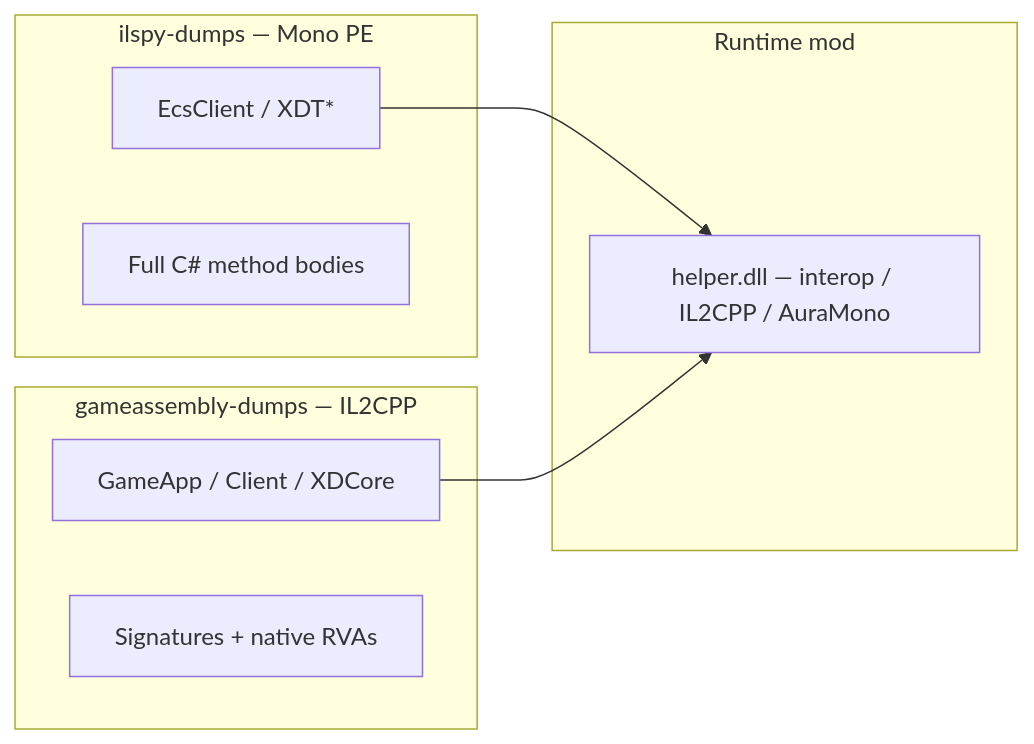
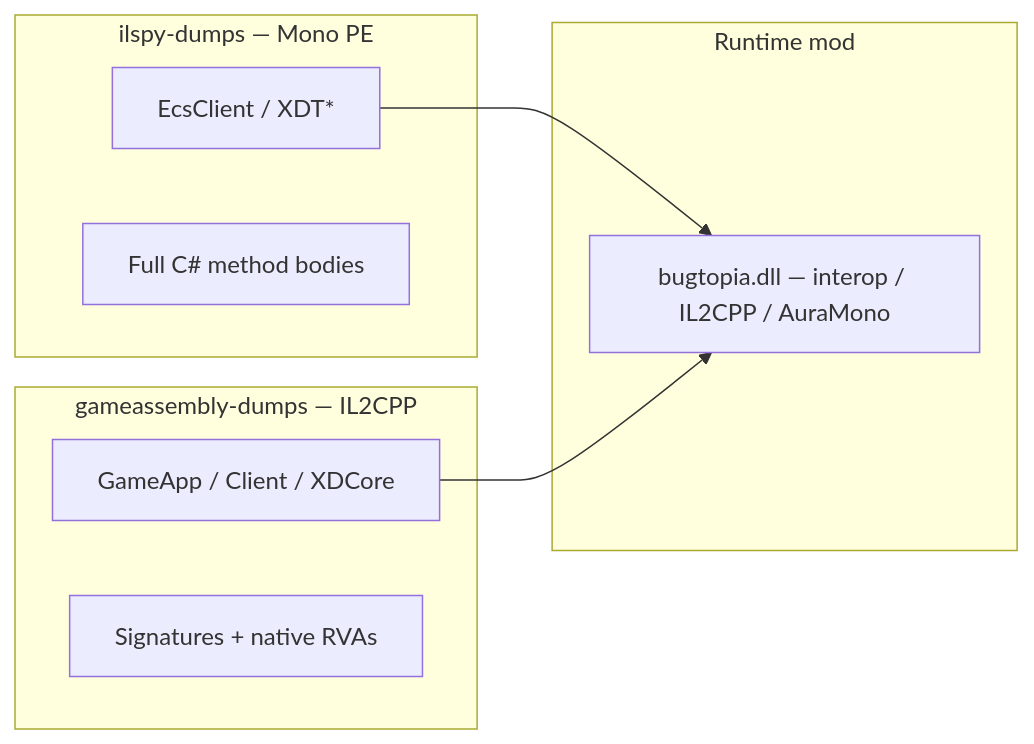
One commit to baboodev/Bugtopia changed the diagram in docs/DECOMPILED_SOURCE_MAP.md. Above: the diagram before and after it, drawn with Mermaid. The commit also changed other lines of this file and 31 other files, not shown here.

````diff
--- a/docs/DECOMPILED_SOURCE_MAP.md
+++ b/docs/DECOMPILED_SOURCE_MAP.md
@@ -37,16 +37,16 @@
 ```mermaid
 flowchart LR
   subgraph mono [ilspy-dumps — Mono PE]
     E[EcsClient / XDT*]
     B[Full C# method bodies]
   end
   subgraph il2cpp [gameassembly-dumps — IL2CPP]
     G[GameApp / Client / XDCore]
     R[Signatures + native RVAs]
   end
   subgraph live [Runtime mod]
-    M[helper.dll — interop / IL2CPP / AuraMono]
+    M[bugtopia.dll — interop / IL2CPP / AuraMono]
   end
   E --> M
   G --> M
 ```
````
